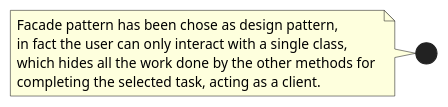
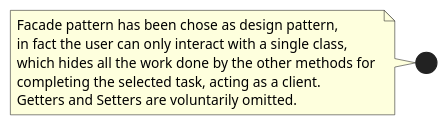
One commit to DarkSee/LaTazza changed the fourth of 6 diagrams in templates/DesignDocumentTemplate.md. Above: the diagram before and after it, drawn with PlantUML.

Commit message:
Update Class Diagram note

````diff
--- a/templates/DesignDocumentTemplate.md
+++ b/templates/DesignDocumentTemplate.md
@@ -209,8 +209,9 @@
 ```plantuml
 note left
         Facade pattern has been chose as design pattern,
         in fact the user can only interact with a single class,
         which hides all the work done by the other methods for 
         completing the selected task, acting as a client.
+        Getters and Setters are voluntarily omitted.
 end note
 ```
````
